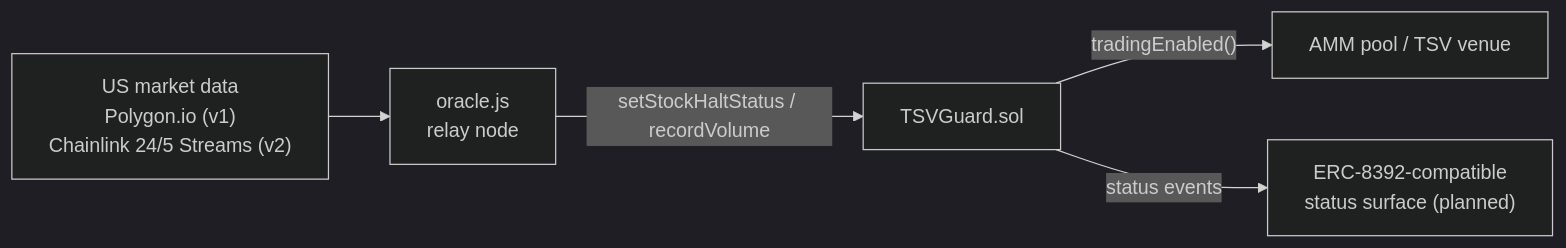
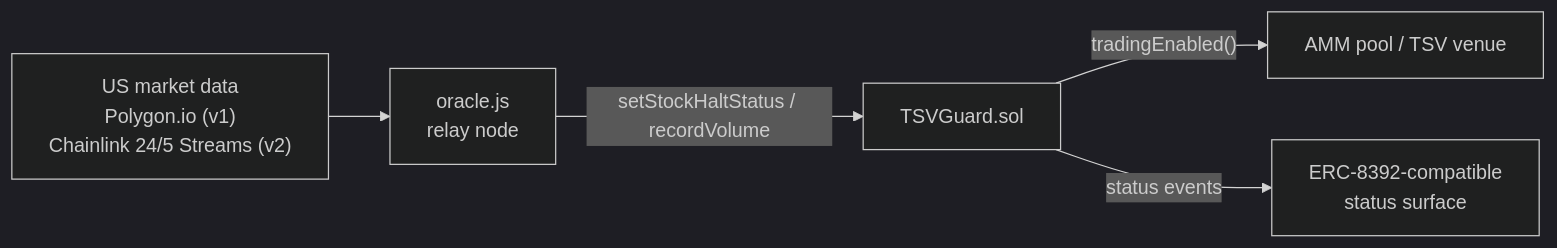
The diagram in README.md (themis-labs/tsv-aegis), drawn with Mermaid (dark theme) before and after one commit. The commit also changed other lines of this file and 3 other files, not shown here.

Commit message:
feat: expose ERC-8392 draft status surface on TSVGuard

````diff
--- a/README.md
+++ b/README.md
@@ -44,7 +44,7 @@
 ```mermaid
 flowchart LR
     A["US market data<br/>Polygon.io (v1)<br/>Chainlink 24/5 Streams (v2)"] --> B["oracle.js<br/>relay node"]
     B -->|"setStockHaltStatus / recordVolume"| C["TSVGuard.sol"]
     C -->|"tradingEnabled()"| D["AMM pool / TSV venue"]
-    C -->|"status events"| E["ERC-8392-compatible<br/>status surface (planned)"]
+    C -->|"status events"| E["ERC-8392-compatible<br/>status surface"]
 ```
````
